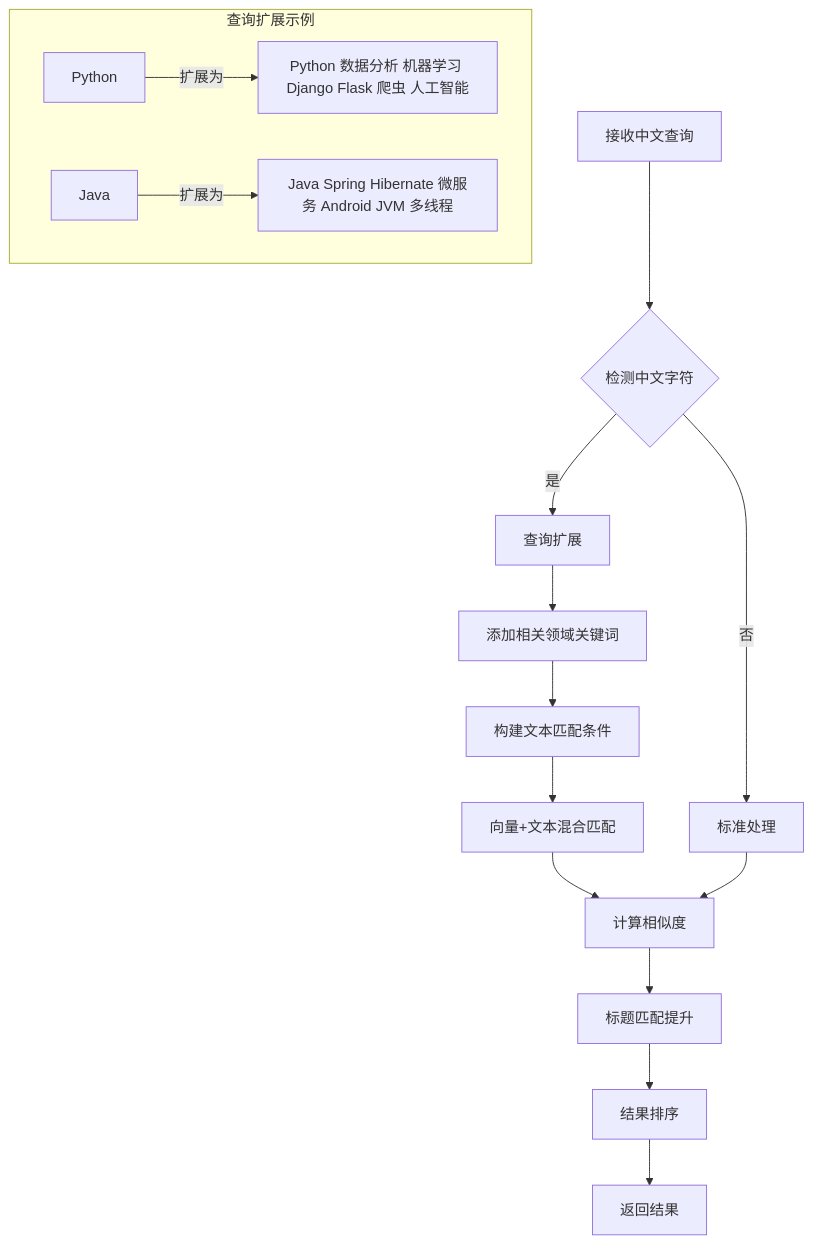
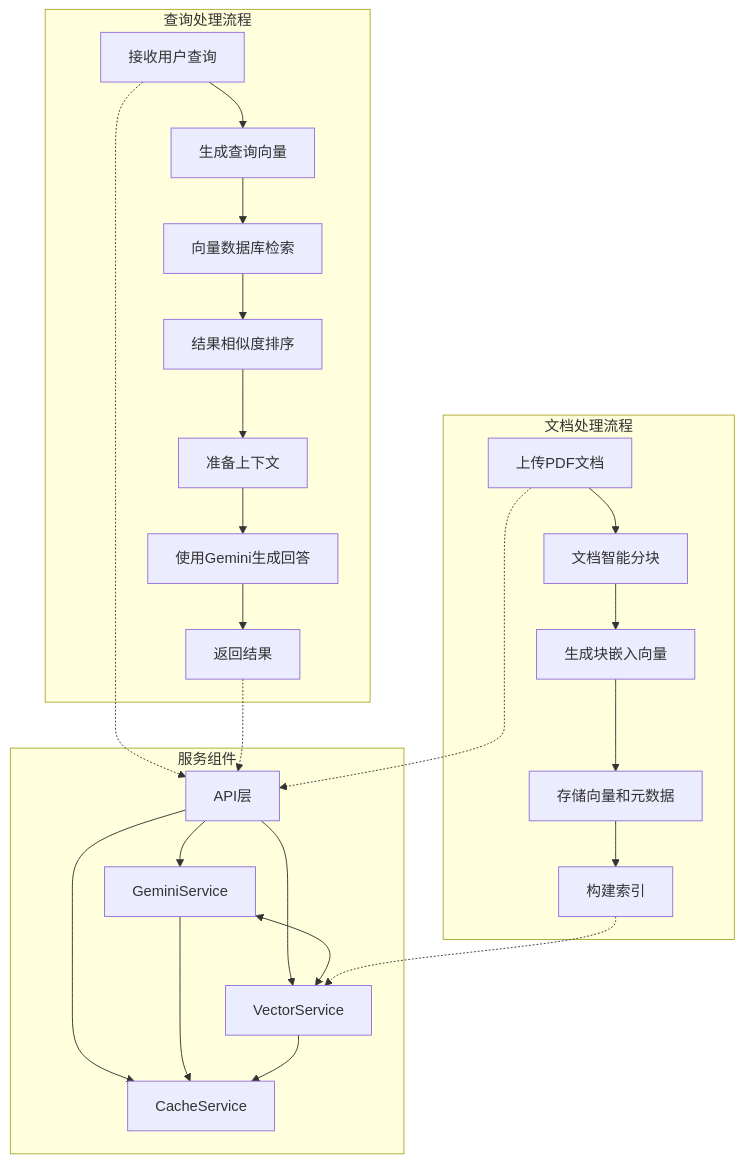
The eighth of 10 diagrams in README.md (zking2000/gemini-vector-search), drawn with Mermaid before and after one commit. The commit also changed other lines of this file, not shown here.

````diff
--- a/README.md
+++ b/README.md
@@ -158,22 +837,35 @@
 ```mermaid
-flowchart TD
-    A[接收中文查询] --> B{检测中文字符}
-    B -->|是| C[查询扩展]
-    B -->|否| G[标准处理]
+flowchart TB
+    %% 主要流程
+    subgraph "查询处理流程"
+        A[接收用户查询] --> B[生成查询向量]
+        B --> C[向量数据库检索]
+        C --> D[结果相似度排序]
+        D --> E[准备上下文]
+        E --> F[使用Gemini生成回答]
+        F --> G[返回结果]
+    end
     
-    C --> D[添加相关领域关键词]
-    D --> E[构建文本匹配条件]
-    E --> F[向量+文本混合匹配]
+    subgraph "文档处理流程"
+        H[上传PDF文档] --> I[文档智能分块]
+        I --> J[生成块嵌入向量]
+        J --> K[存储向量和元数据]
+        K --> L[构建索引]
+    end
     
-    F --> H[计算相似度]
-    G --> H
+    subgraph "服务组件"
+        API[API层] --> GS[GeminiService]
+        API --> VS[VectorService]
+        API --> CS[CacheService]
+        
+        GS <--> VS
+        GS --> CS
+        VS --> CS
+    end
     
-    H --> I[标题匹配提升]
-    I --> J[结果排序]
-    J --> K[返回结果]
-    
-    subgraph 查询扩展示例
-        L[Python] -->|扩展为| L1[Python 数据分析 机器学习 Django Flask 爬虫 人工智能]
-        M[Java] -->|扩展为| M1[Java Spring Hibernate 微服务 Android JVM 多线程]
-    end
+    %% 连接流程与组件
+    A -.-> API
+    G -.-> API
+    H -.-> API
+    L -.-> VS
 ```
````
